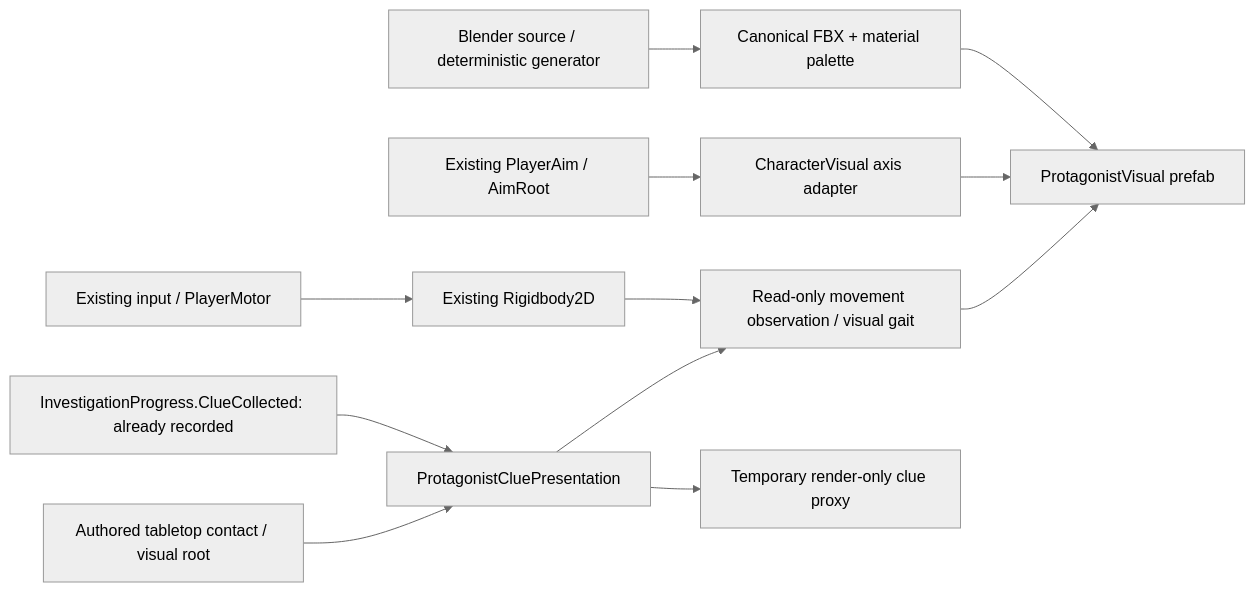
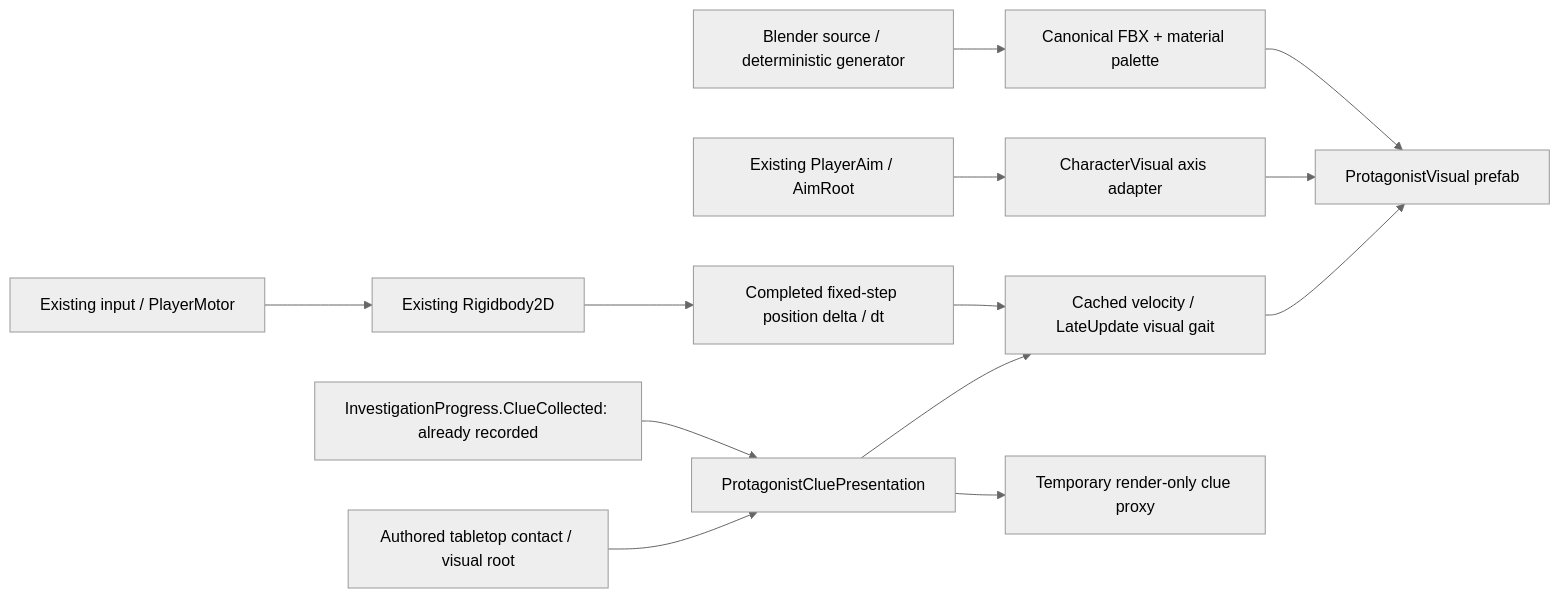
One commit to Vaenix/LostCity changed the fourth of 4 diagrams in Docs/Architecture.md. Above: the diagram before and after it, drawn with Mermaid (neutral theme). The commit also changed other lines of this file and 12 other files, not shown here.

Commit message:
fix(character): observe completed physics movement for walking

````diff
--- a/Docs/Architecture.md
+++ b/Docs/Architecture.md
@@ -143,14 +146,15 @@
 ```mermaid
 flowchart LR
     Source["Blender source / deterministic generator"] --> FBX["Canonical FBX + material palette"]
     FBX --> Prefab["ProtagonistVisual prefab"]
     Input["Existing input / PlayerMotor"] --> Body["Existing Rigidbody2D"]
-    Body --> Motion["Read-only movement observation / visual gait"]
+    Body --> Observation["Completed fixed-step position delta / dt"]
+    Observation --> Motion["Cached velocity / LateUpdate visual gait"]
     Aim["Existing PlayerAim / AimRoot"] --> Adapter["CharacterVisual axis adapter"]
     Adapter --> Prefab
     Motion --> Prefab
     Collected["InvestigationProgress.ClueCollected: already recorded"] --> Bridge["ProtagonistCluePresentation"]
     Anchor["Authored tabletop contact / visual root"] --> Bridge
     Bridge --> Motion
     Bridge --> Proxy["Temporary render-only clue proxy"]
 ```
````
